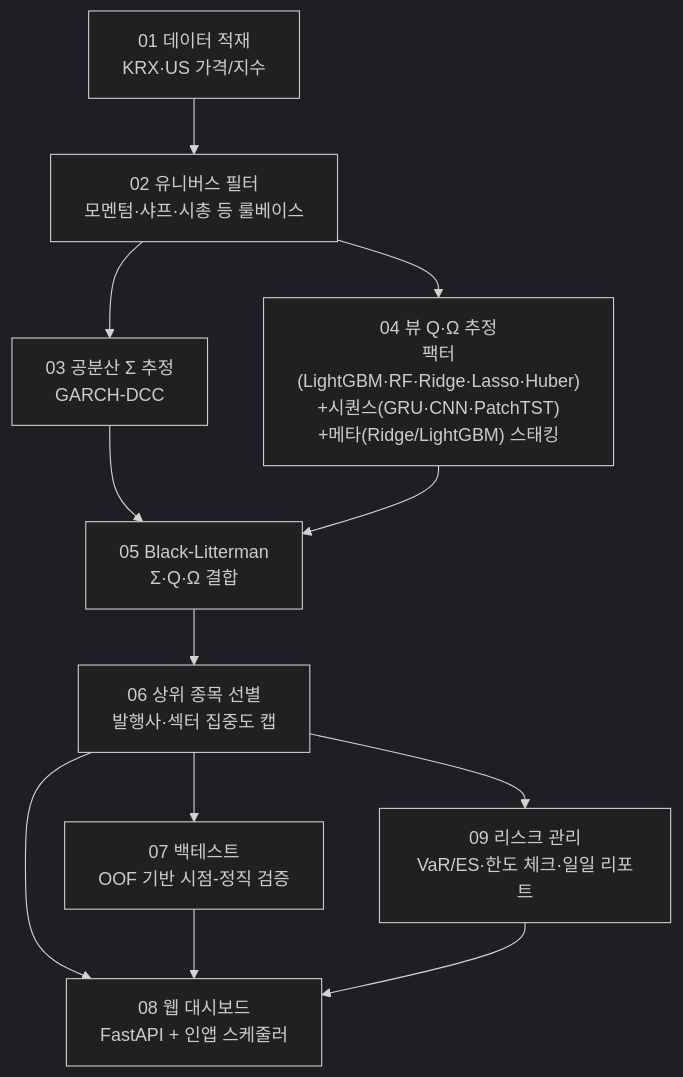
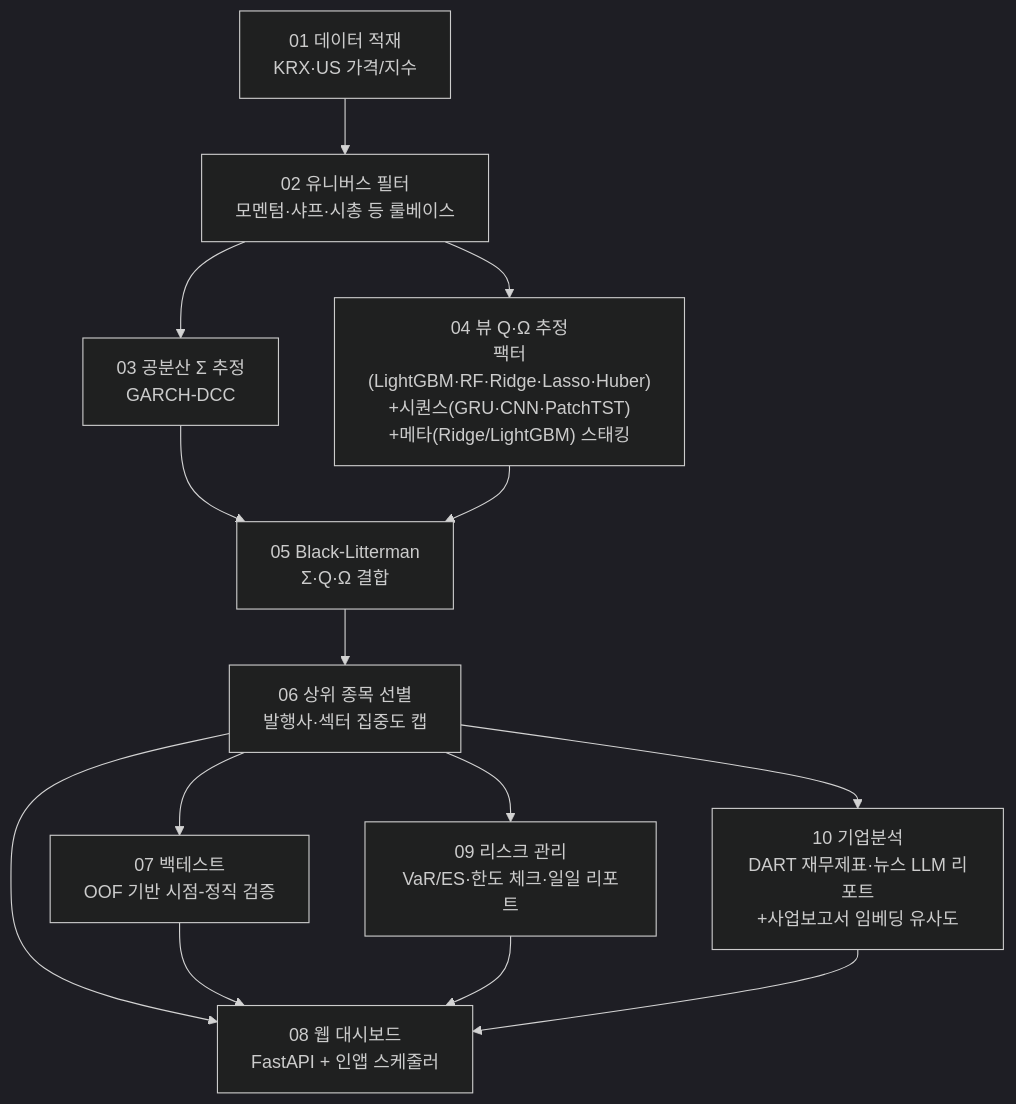
Before and after one commit to GongsonChan/Portfolio-project: the diagram in README.md, drawn with Mermaid (dark theme). The commit also changed other lines of this file and 4 other files, not shown here.

````diff
--- a/README.md
+++ b/README.md
@@ -5,14 +5,16 @@
 ```mermaid
 flowchart TD
     A["01 데이터 적재<br/>KRX·US 가격/지수"] --> B["02 유니버스 필터<br/>모멘텀·샤프·시총 등 룰베이스"]
     B --> C["03 공분산 Σ 추정<br/>GARCH-DCC"]
     B --> D["04 뷰 Q·Ω 추정<br/>팩터(LightGBM·RF·Ridge·Lasso·Huber)<br/>+시퀀스(GRU·CNN·PatchTST)<br/>+메타(Ridge/LightGBM) 스태킹"]
     C --> E["05 Black-Litterman<br/>Σ·Q·Ω 결합"]
     D --> E
     E --> F["06 상위 종목 선별<br/>발행사·섹터 집중도 캡"]
     F --> G["07 백테스트<br/>OOF 기반 시점-정직 검증"]
     F --> H["08 웹 대시보드<br/>FastAPI + 인앱 스케줄러"]
     F --> I["09 리스크 관리<br/>VaR/ES·한도 체크·일일 리포트"]
+    F --> J["10 기업분석<br/>DART 재무제표·뉴스 LLM 리포트<br/>+사업보고서 임베딩 유사도"]
     G --> H
     I --> H
+    J --> H
 ```
````
